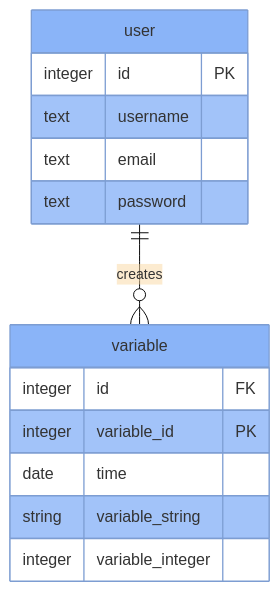
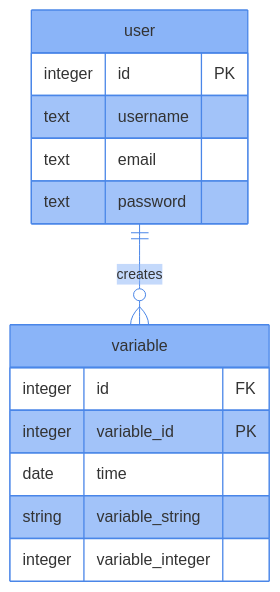
One commit to mathbike/mathbike.github.io changed the diagram in _posts/2022-11-15-flask.md. Above: the diagram before and after it, drawn with Mermaid. The commit also changed 1 other file, not shown here.

````diff
--- a/_posts/2022-11-15-flask.md
+++ b/_posts/2022-11-15-flask.md
@@ -73,18 +73,18 @@
 ```mermaid
-%%{init: {'theme': 'base', 'themeVariables': { 'primaryColor': '#8ab4f8', 'textColor': 'black'}}}%%
+%%{init: {'theme': 'base', 'themeVariables': { 'primaryColor': '#8ab4f8', 'textColor': 'black', 'primaryBorderColor':'#4a86e8', 'tertiaryColor': '#8ab4f8', 'lineColor': '#4a86e8'}}}%%
 erDiagram
     user ||--o{ variable : creates
     user {
         integer id PK
         text username
         text email
         text password
     }
     variable {
         integer id FK
         integer variable_id PK
         date time
         string variable_string
         integer variable_integer
     }
 ```
````
